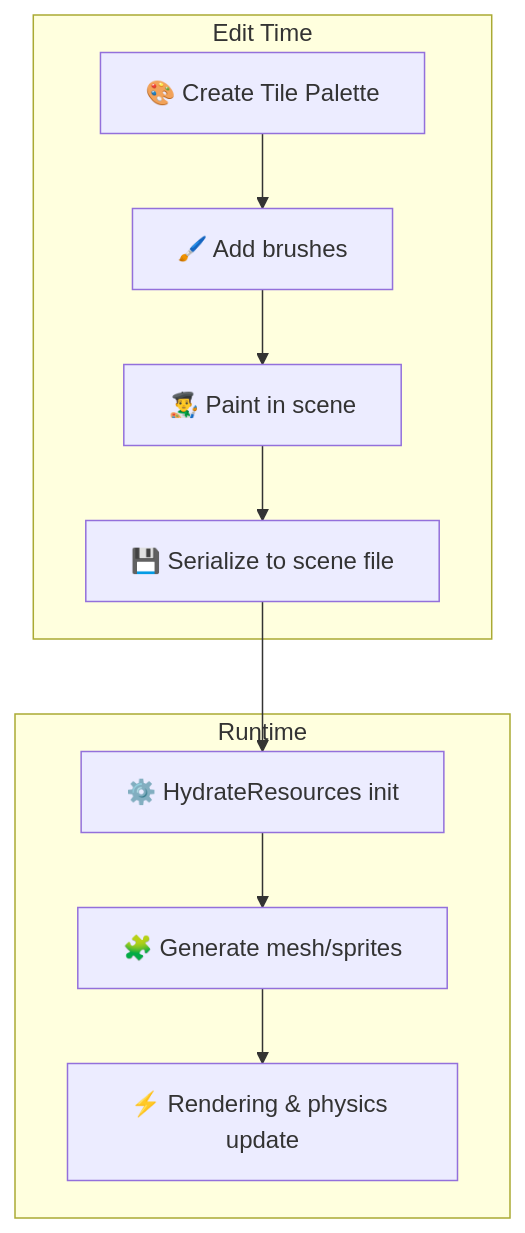
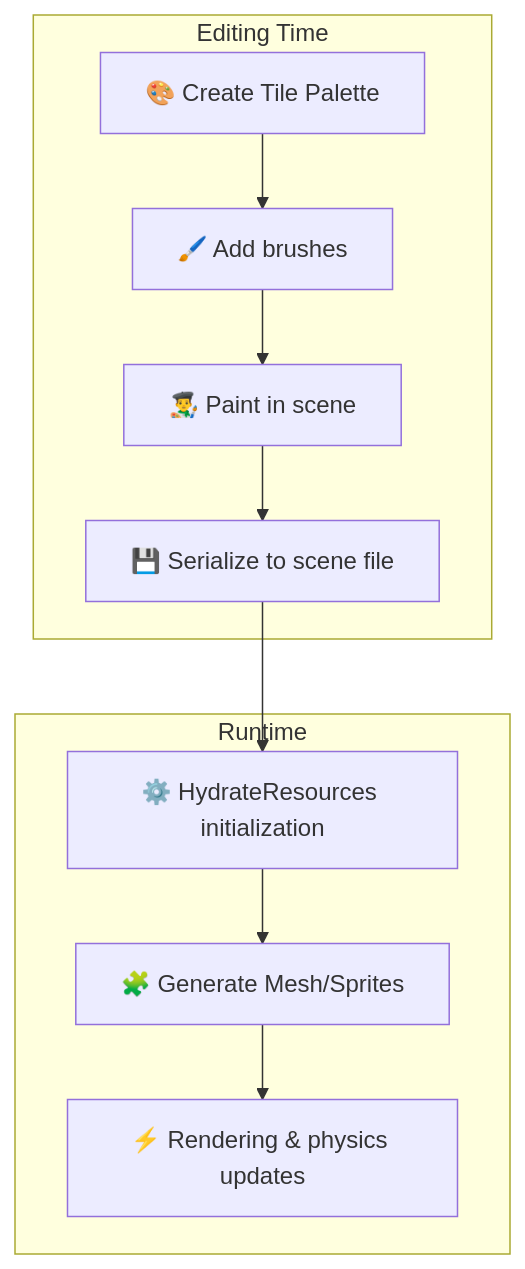
One commit to NGLSG/Luma changed the ninth of 12 diagrams in ARCHITECTURE_EN.md. Above: the diagram before and after it, drawn with Mermaid. The commit also changed other lines of this file and 61 other files, not shown here.

````diff
--- a/ARCHITECTURE_EN.md
+++ b/ARCHITECTURE_EN.md
@@ -212,13 +217,13 @@
 ```mermaid
 graph TD
-    subgraph "Edit Time"
+    subgraph "Editing Time"
         A[🎨 Create Tile Palette] --> B[🖌️ Add brushes]
         B --> C[👨‍🎨 Paint in scene]
         C --> D[💾 Serialize to scene file]
     end
     subgraph "Runtime"
-        D --> E[⚙️ HydrateResources init]
-        E --> F[🧩 Generate mesh/sprites]
-        F --> G[⚡ Rendering & physics update]
+        D --> E[⚙️ HydrateResources initialization]
+        E --> F[🧩 Generate Mesh/Sprites]
+        F --> G[⚡️ Rendering & physics updates]
     end
 ```
````
